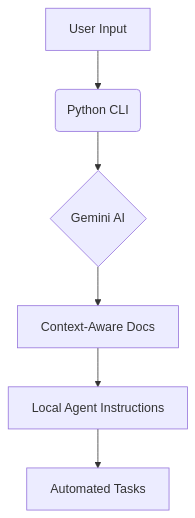
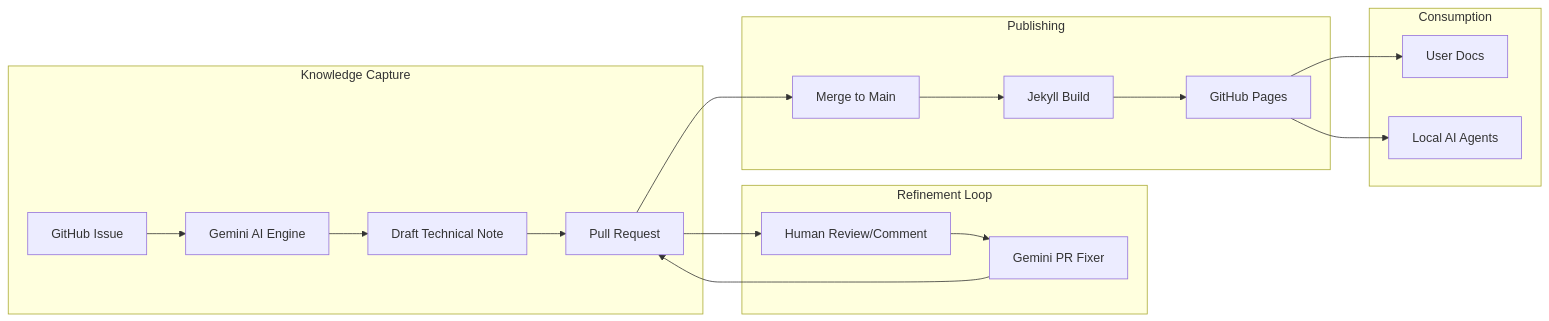
Before and after one commit to coltonchrane/coltonchrane.github.io: the diagram in diagrams/autonotes.mmd, drawn with Mermaid. The commit also changed 2 other files, not shown here.

Commit message:
feat: improve AutoNotes diagram and add WeatherApp system design

```diff
--- a/diagrams/autonotes.mmd
+++ b/diagrams/autonotes.mmd
@@ -1,6 +1,23 @@
-graph TD
-    A[User Input] --> B(Python CLI)
-    B --> C{Gemini AI}
-    C --> D[Context-Aware Docs]
-    D --> E[Local Agent Instructions]
-    E --> F[Automated Tasks]
+graph LR
+    subgraph "Knowledge Capture"
+        A[GitHub Issue] --> B[Gemini AI Engine]
+        B --> C[Draft Technical Note]
+        C --> D[Pull Request]
+    end
+
+    subgraph "Refinement Loop"
+        D --> E[Human Review/Comment]
+        E --> F[Gemini PR Fixer]
+        F --> D
+    end
+
+    subgraph "Publishing"
+        D --> G[Merge to Main]
+        G --> H[Jekyll Build]
+        H --> I[GitHub Pages]
+    end
+
+    subgraph "Consumption"
+        I --> J[User Docs]
+        I --> K[Local AI Agents]
+    end
```
